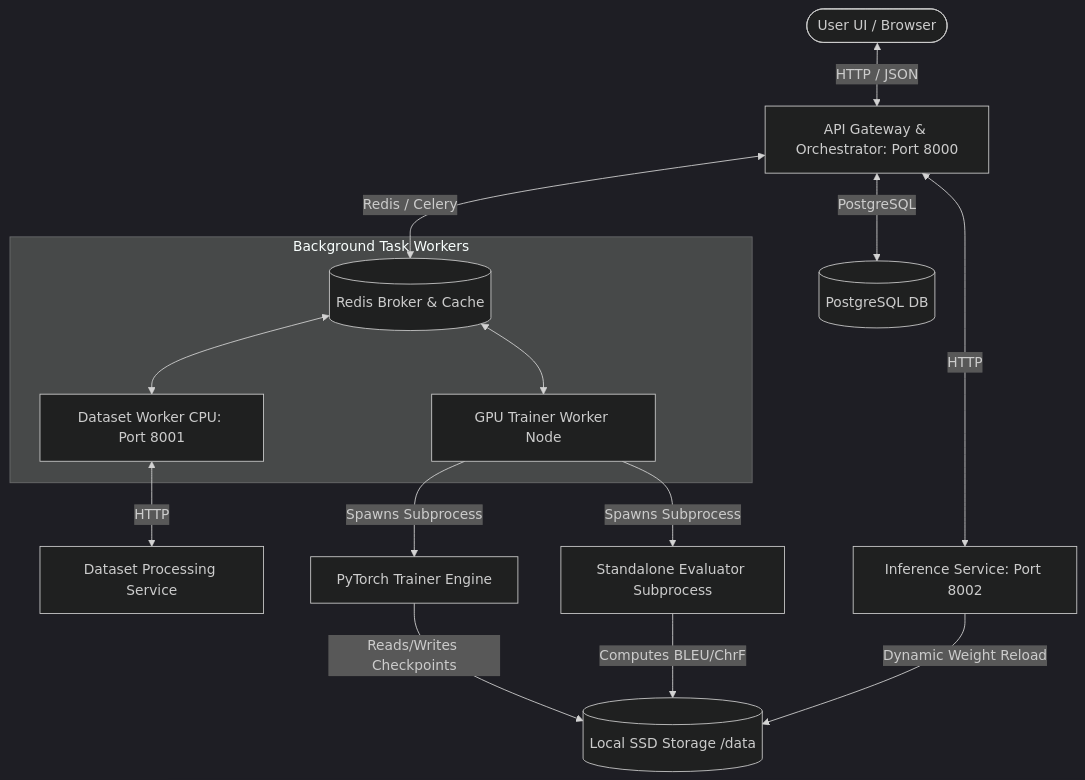
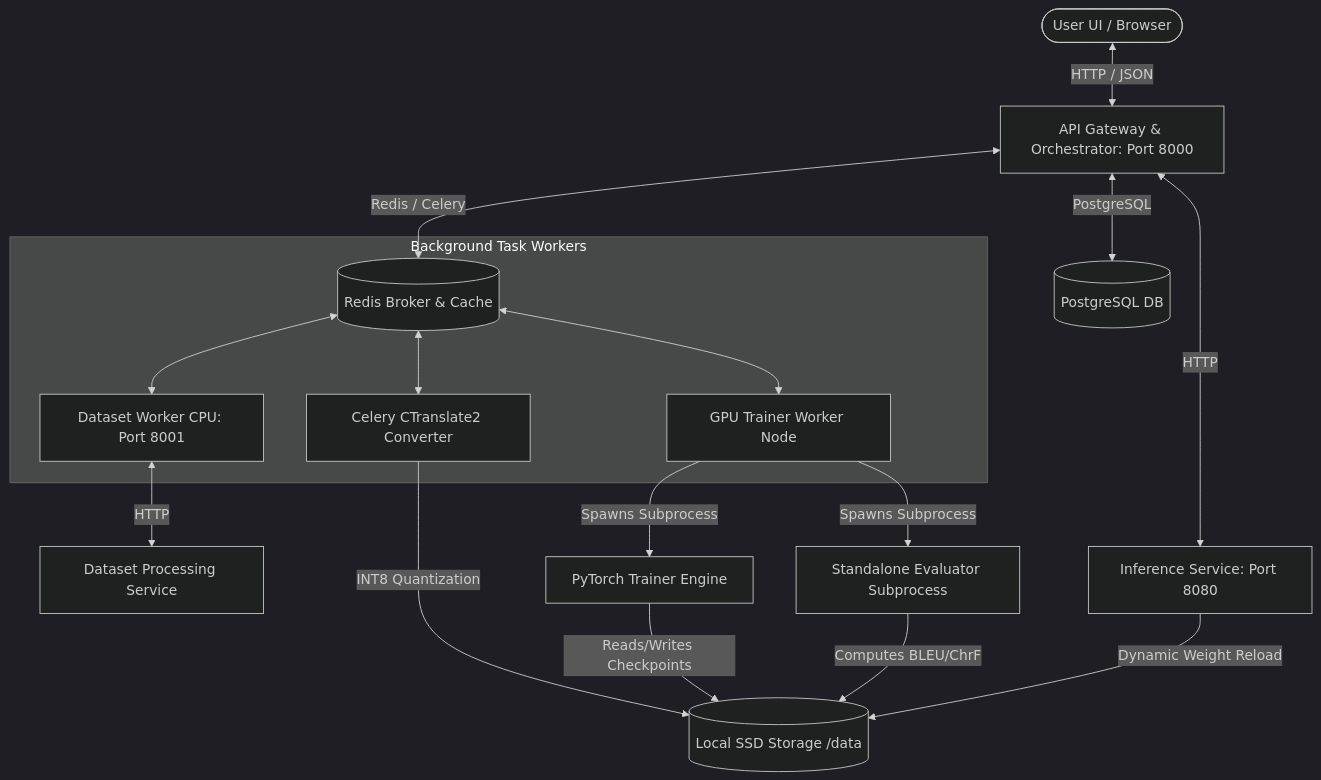
Before and after one commit to swaroop-rayker/AI-Translator: the diagram in README.md, drawn with Mermaid (dark theme). The commit also changed other lines of this file and 6 other files, not shown here.

````diff
--- a/README.md
+++ b/README.md
@@ -11,20 +11,22 @@
 ```mermaid
 graph TD
     User([User UI / Browser]) <--> |HTTP / JSON| Orchestrator[API Gateway & Orchestrator: Port 8000]
     Orchestrator <--> |PostgreSQL| DB[(PostgreSQL DB)]
     Orchestrator <--> |Redis / Celery| Redis[(Redis Broker & Cache)]
     
     subgraph Background Task Workers
         Redis <--> DatasetWorker[Dataset Worker CPU: Port 8001]
         Redis <--> GPUWorker[GPU Trainer Worker Node]
+        Redis <--> CeleryConverter[Celery CTranslate2 Converter]
     end
 
     DatasetWorker <--> |HTTP| DatasetService[Dataset Processing Service]
     GPUWorker --> |Spawns Subprocess| PyTorchTrainer[PyTorch Trainer Engine]
     GPUWorker --> |Spawns Subprocess| StandaloneEvaluator[Standalone Evaluator Subprocess]
+    CeleryConverter --> |INT8 Quantization| LocalStorage
     PyTorchTrainer --> |Reads/Writes Checkpoints| LocalStorage[(Local SSD Storage /data)]
     StandaloneEvaluator --> |Computes BLEU/ChrF| LocalStorage
 
-    Orchestrator <--> |HTTP| InferenceService[Inference Service: Port 8002]
+    Orchestrator <--> |HTTP| InferenceService[Inference Service: Port 8080]
     InferenceService --> |Dynamic Weight Reload| LocalStorage
 ```
````
